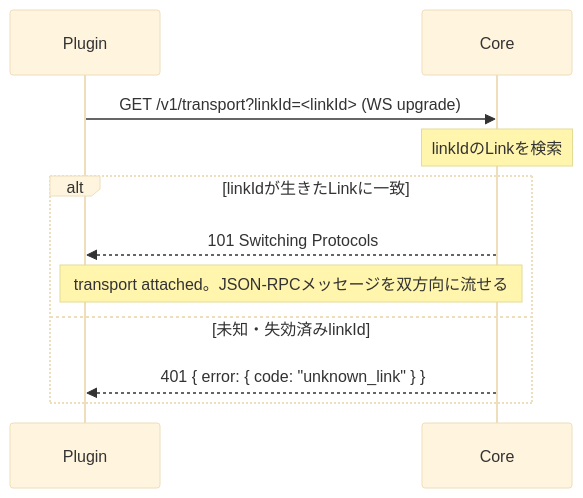
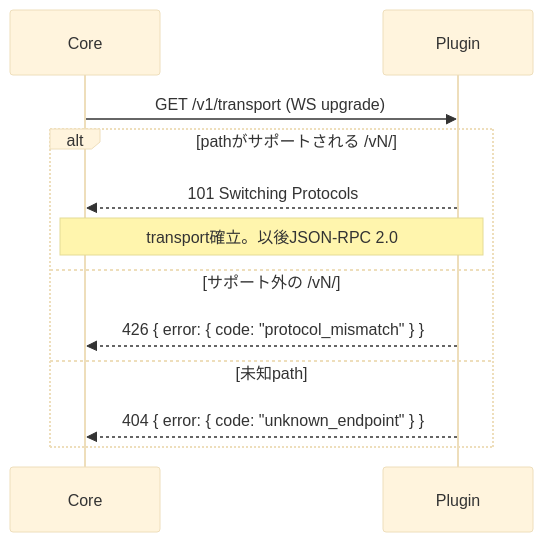
One commit to naatin777/plugumi changed the first of 2 diagrams in docs/contracts/00002-async-channel.md. Above: the diagram before and after it, drawn with Mermaid (base theme). The commit also changed other lines of this file and 30 other files, not shown here.

First line of the commit message:
feat(protocol): Core→Plugin通信をWS+JSON-RPCに統一しPluginを完全受動に

````diff
--- a/docs/contracts/00002-async-channel.md
+++ b/docs/contracts/00002-async-channel.md
@@ -29,14 +32,15 @@
 ```mermaid
 sequenceDiagram
+    participant Core
     participant Plugin
-    participant Core
 
-    Plugin->>Core: GET /v1/transport?linkId=<linkId> (WS upgrade)
-    Note over Core: linkIdのLinkを検索
-    alt linkIdが生きたLinkに一致
-        Core-->>Plugin: 101 Switching Protocols
-        Note over Plugin,Core: transport attached。JSON-RPCメッセージを双方向に流せる
-    else 未知・失効済みlinkId
-        Core-->>Plugin: 401 { error: { code: "unknown_link" } }
+    Core->>Plugin: GET /v1/transport (WS upgrade)
+    alt pathがサポートされる /vN/
+        Plugin-->>Core: 101 Switching Protocols
+        Note over Core,Plugin: transport確立。以後JSON-RPC 2.0
+    else サポート外の /vN/
+        Plugin-->>Core: 426 { error: { code: "protocol_mismatch" } }
+    else 未知path
+        Plugin-->>Core: 404 { error: { code: "unknown_endpoint" } }
     end
 ```
````
